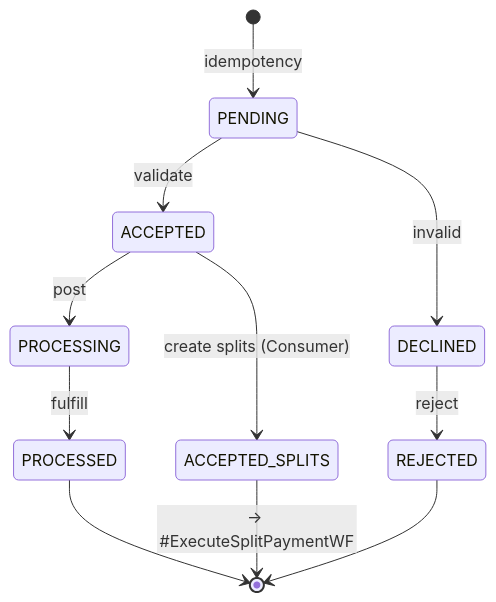
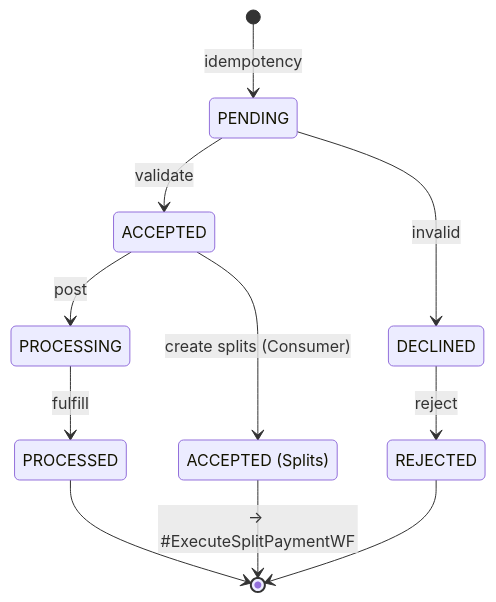
One commit to arunav-bhattacharya/billpay-docs changed the tenth of 12 diagrams in docs/design/diagrams/state-diagram.md. Above: the diagram before and after it, drawn with Mermaid. The commit also changed other lines of this file and 7 other files, not shown here.

````diff
--- a/docs/design/diagrams/state-diagram.md
+++ b/docs/design/diagrams/state-diagram.md
@@ -228,16 +229,18 @@
 ```mermaid
 stateDiagram-v2
+  state "DECLINED" as InboundDeclined
   [*] --> PENDING: idempotency
   PENDING --> ACCEPTED: validate
-  PENDING --> DECLINED: invalid
+  PENDING --> InboundDeclined: invalid
 
   ACCEPTED --> PROCESSING: post
   PROCESSING --> PROCESSED: fulfill
 
+  state "ACCEPTED (Splits)" as ACCEPTED_SPLITS
   ACCEPTED --> ACCEPTED_SPLITS: create splits (Consumer)
   ACCEPTED_SPLITS --> [*]: → #ExecuteSplitPaymentWF
 
-  DECLINED --> REJECTED: reject
+  InboundDeclined --> REJECTED: reject
   REJECTED --> [*]
   PROCESSED --> [*]
 ```
````
